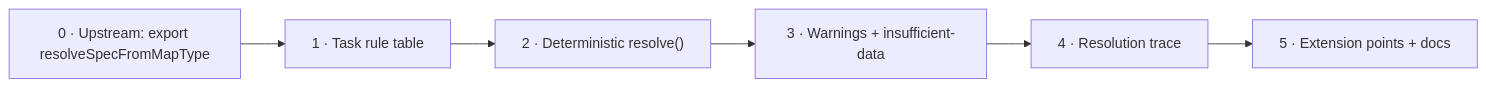
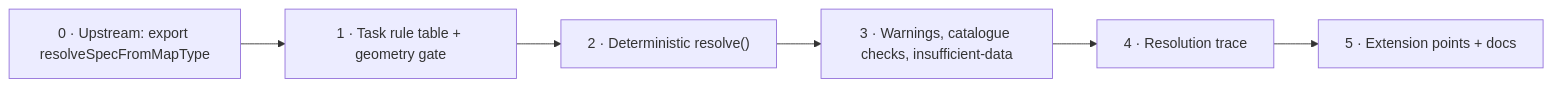
One commit to ttoss/ttoss changed the diagram in packages/geovis/docs/plans/plan-prd-006-deterministic-resolution.md. Above: the diagram before and after it, drawn with Mermaid. The commit also changed other lines of this file and 18 other files, not shown here.

````diff
--- a/packages/geovis/docs/plans/plan-prd-006-deterministic-resolution.md
+++ b/packages/geovis/docs/plans/plan-prd-006-deterministic-resolution.md
@@ -124,8 +351,8 @@
 ```mermaid
 graph LR
-  P0["0 · Upstream: export resolveSpecFromMapType"] --> P1["1 · Task rule table"]
+  P0["0 · Upstream: export resolveSpecFromMapType"] --> P1["1 · Task rule table + geometry gate"]
   P1 --> P2["2 · Deterministic resolve()"]
-  P2 --> P3["3 · Warnings + insufficient-data"]
+  P2 --> P3["3 · Warnings, catalogue checks, insufficient-data"]
   P3 --> P4["4 · Resolution trace"]
   P4 --> P5["5 · Extension points + docs"]
 ```
````
